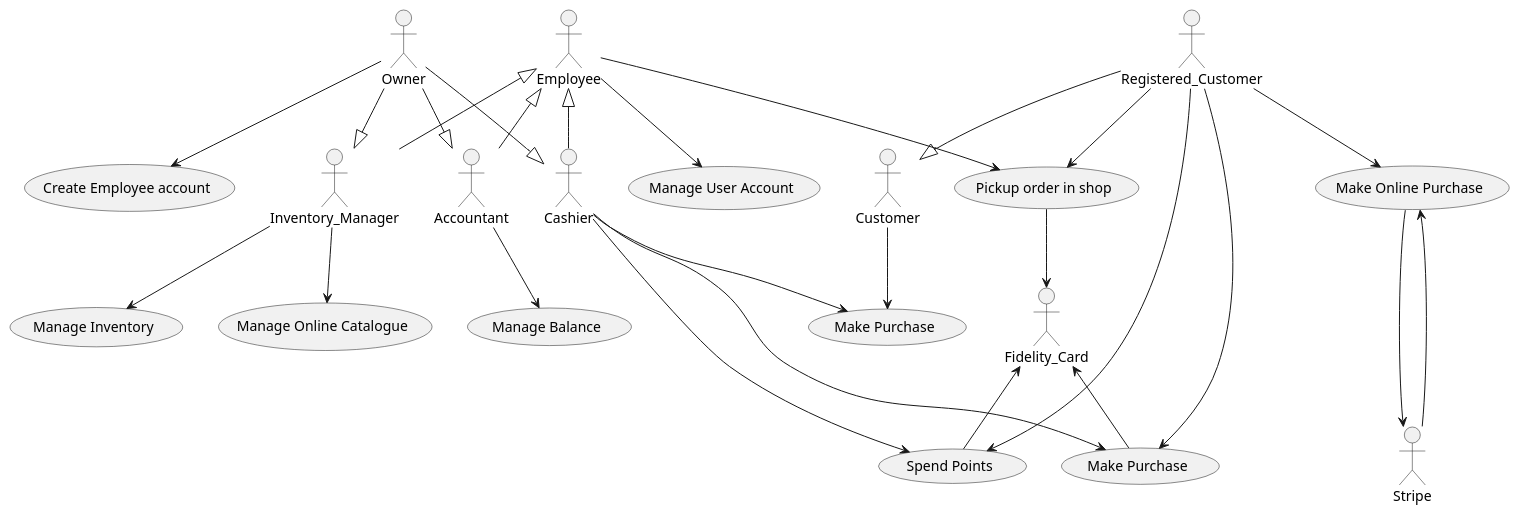
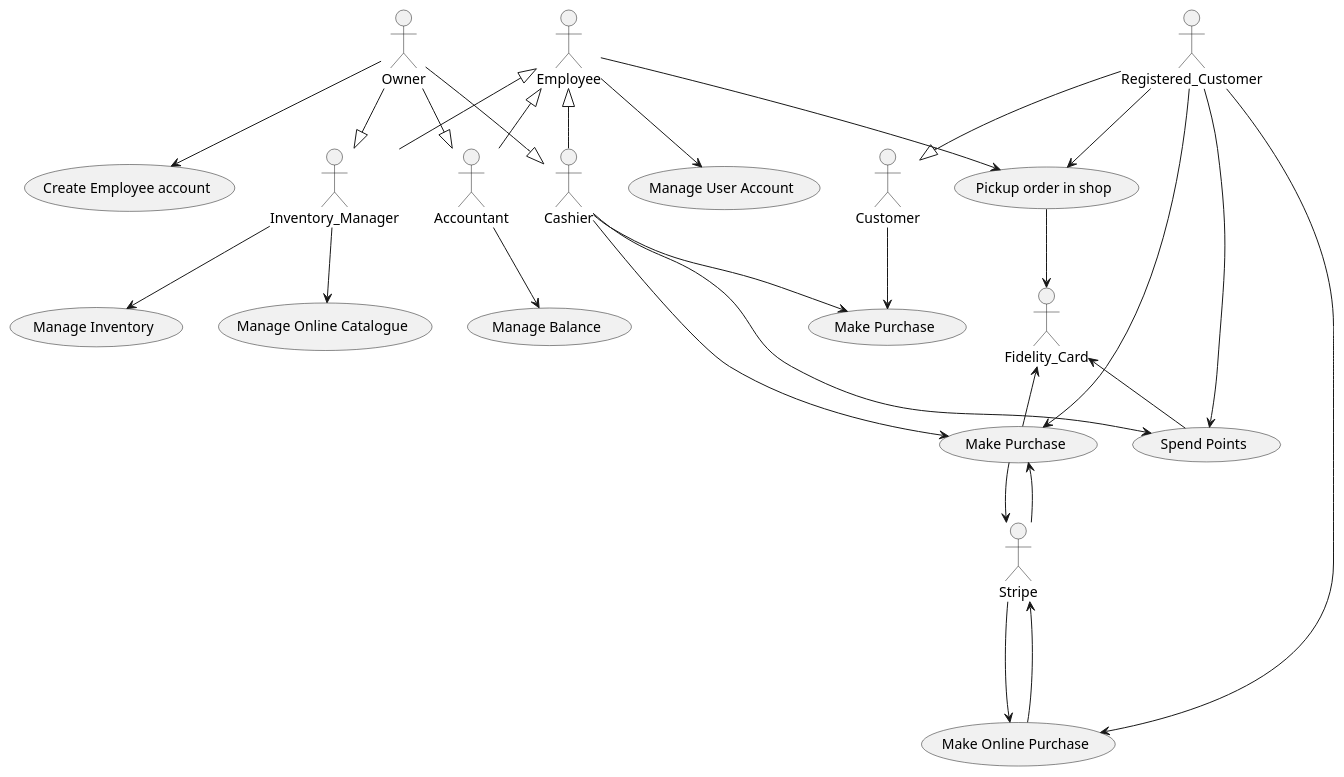
One commit to paolotron/EzshoProject31 changed the second of 7 diagrams in Deliverables/RequirementsDocument.md. Above: the diagram before and after it, drawn with PlantUML.

````diff
--- a/Deliverables/RequirementsDocument.md
+++ b/Deliverables/RequirementsDocument.md
@@ -221,39 +221,41 @@
 ```plantuml
 @startuml
 actor Owner
 actor Employee
 actor Customer
 actor Accountant
 actor Inventory_Manager
 actor Fidelity_Card
 actor Stripe
 (Make Purchase) as m1
 (Make Purchase) as m2
 Employee <|-- Inventory_Manager
 Employee <|-- Cashier
 Employee <|-- Accountant
 Owner --|> Inventory_Manager
 Owner --|> Cashier
 Owner --|> Accountant
 Employee --> (Manage User Account)
 Owner --> (Create Employee account)
 Registered_Customer --|> Customer
 Accountant --> (Manage Balance)
 Registered_Customer --> (Make Online Purchase)
 Stripe --> (Make Online Purchase)
 (Make Online Purchase) ---> Stripe 
 Customer --> m1
 Cashier --> m1
 Cashier --> m2
 Registered_Customer --> m2
+m2 --> Stripe
+m2 <-- Stripe
 Fidelity_Card <-- m2
 Inventory_Manager --> (Manage Inventory)
 Inventory_Manager --> (Manage Online Catalogue)
 Registered_Customer --> (Spend Points)
 Cashier --> (Spend Points)
 Registered_Customer --> (Pickup order in shop)
 Employee --> (Pickup order in shop)
 (Pickup order in shop) --> Fidelity_Card
 Fidelity_Card <-- (Spend Points)
 @enduml
 ```
````
